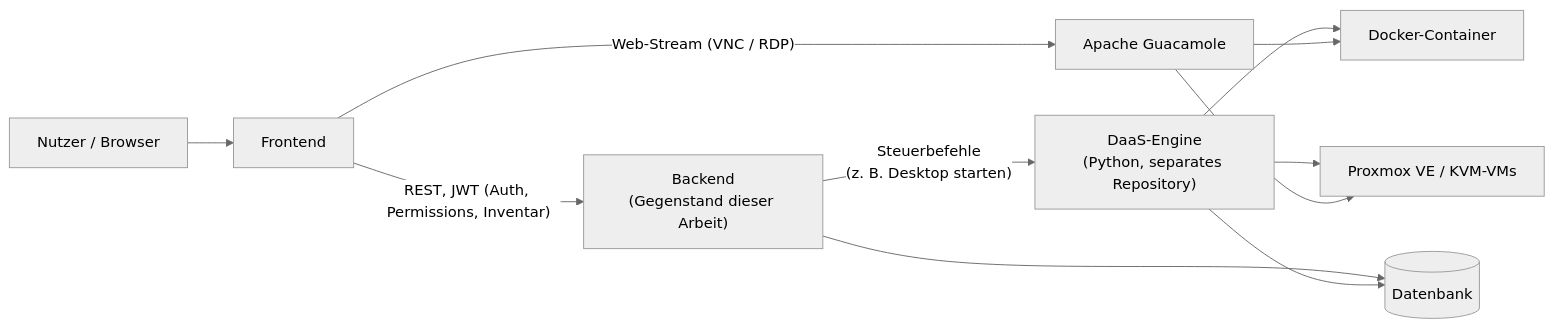
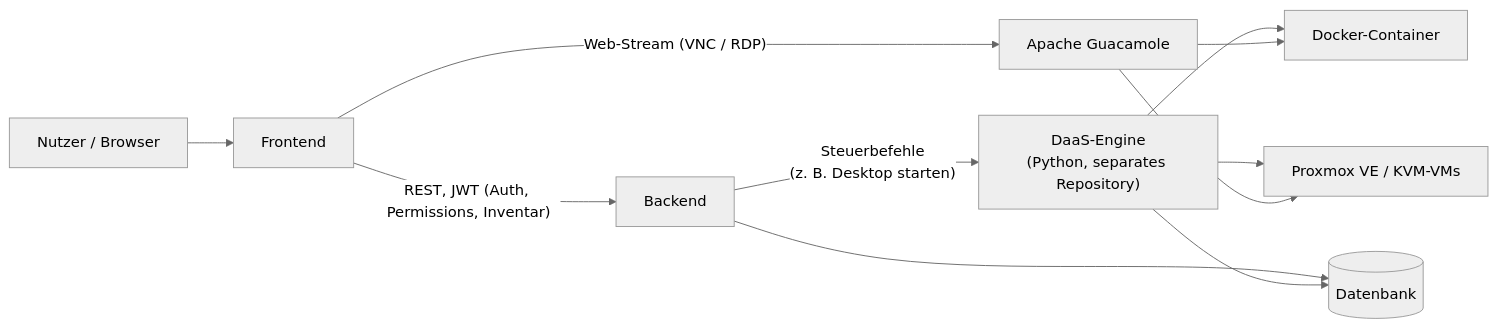
The first of 4 diagrams in chapter-2-theoretischer-hintergrund.md (design-daas-fra-uas/design-daas-backend-java), drawn with Mermaid (neutral theme) before and after one commit. The commit also changed other lines of this file, not shown here.

````diff
--- a/chapter-2-theoretischer-hintergrund.md
+++ b/chapter-2-theoretischer-hintergrund.md
@@ -63,13 +51,13 @@
 ```mermaid
 flowchart LR
     U["Nutzer / Browser"] --> FE["Frontend"]
-    FE -- "REST, JWT (Auth, Permissions, Inventar)" --> BE["Backend\n(Gegenstand dieser Arbeit)"]
+    FE -- "REST, JWT (Auth, Permissions, Inventar)" --> BE["Backend"]
     FE -- "Web-Stream (VNC / RDP)" --> GUAC["Apache Guacamole"]
     BE -- "Steuerbefehle\n(z. B. Desktop starten)" --> ENGINE["DaaS-Engine\n(Python, separates Repository)"]
     ENGINE --> DOCKER["Docker-Container"]
     ENGINE --> PROXMOX["Proxmox VE / KVM-VMs"]
     GUAC --> DOCKER
     GUAC --> PROXMOX
     BE --> DB[("Datenbank")]
     ENGINE --> DB
 ```
````
